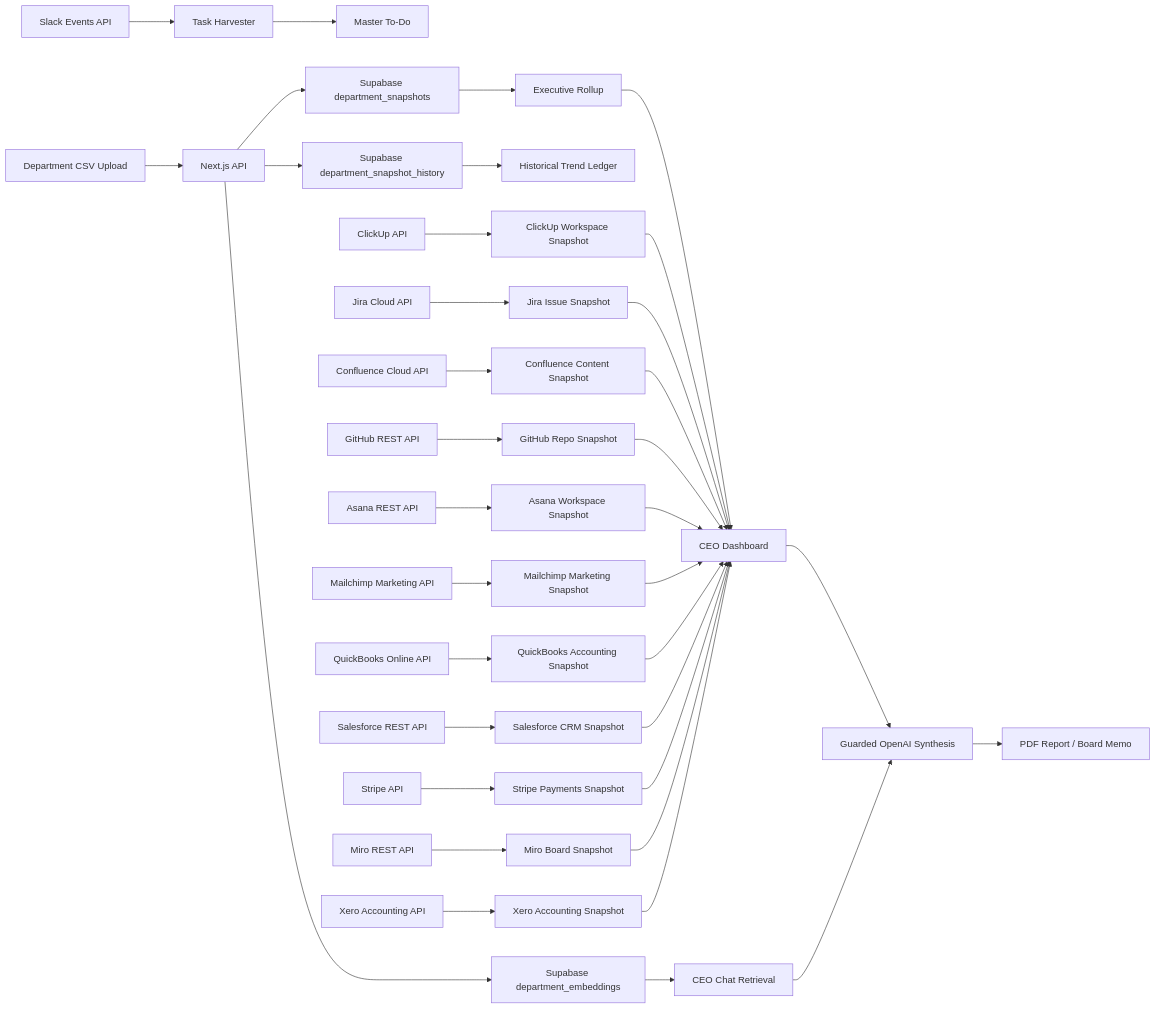
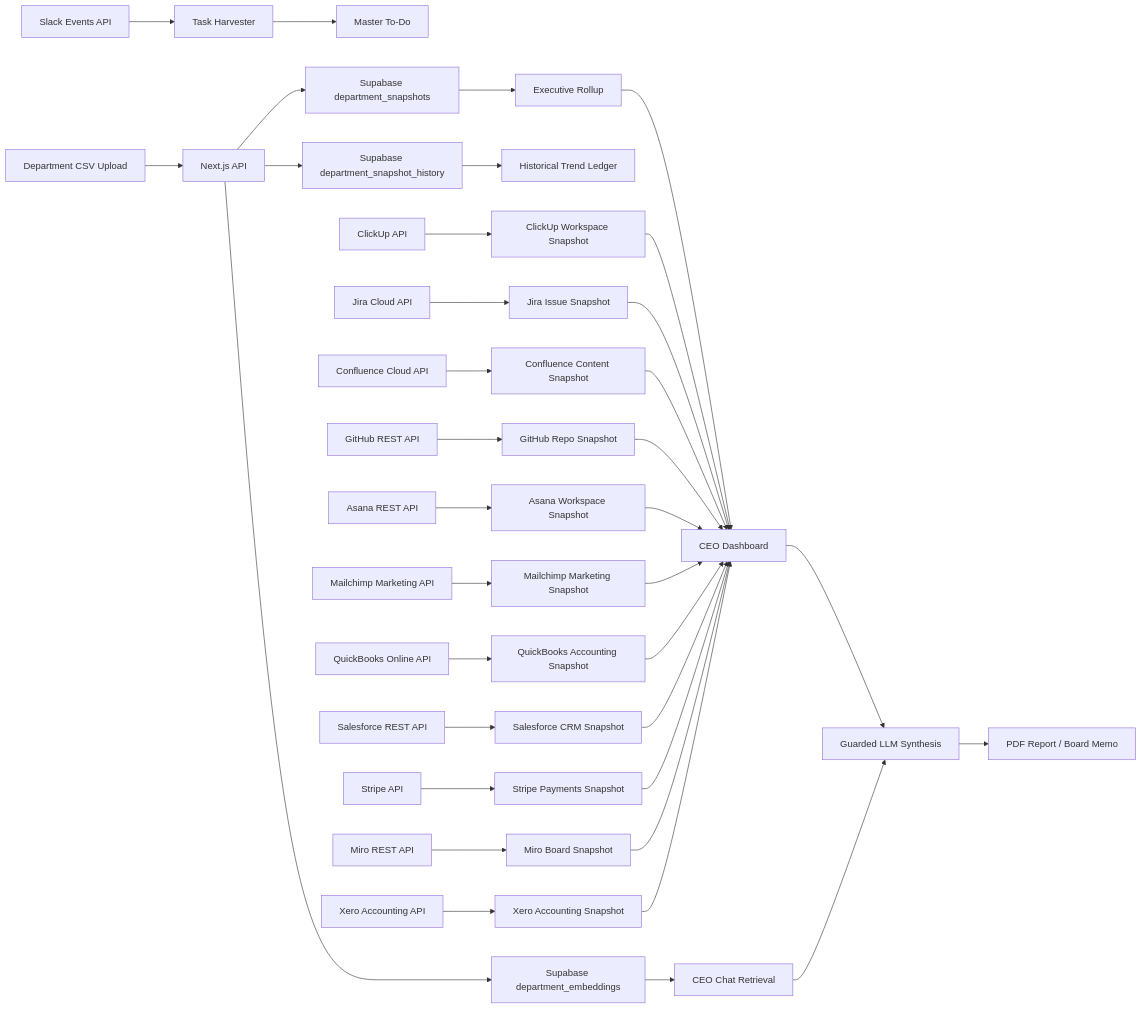
The diagram in README.md (suhasbhairav/ai-chief-of-staff), drawn with Mermaid before and after one commit. The commit also changed other lines of this file and 132 other files, not shown here.

````diff
--- a/README.md
+++ b/README.md
@@ -382,38 +380,38 @@
 ```mermaid
 flowchart LR
   A[Department CSV Upload] --> B[Next.js API]
   B --> C[Supabase department_snapshots]
   B --> D[Supabase department_snapshot_history]
   B --> M[Supabase department_embeddings]
   C --> E[Executive Rollup]
   D --> F[Historical Trend Ledger]
   M --> N[CEO Chat Retrieval]
   E --> G[CEO Dashboard]
-  G --> H[Guarded OpenAI Synthesis]
+  G --> H[Guarded LLM Synthesis]
   N --> H
   H --> I[PDF Report / Board Memo]
   J[Slack Events API] --> K[Task Harvester]
   K --> L[Master To-Do]
   O[ClickUp API] --> P[ClickUp Workspace Snapshot]
   P --> G
   Q[Jira Cloud API] --> R[Jira Issue Snapshot]
   S[Confluence Cloud API] --> T[Confluence Content Snapshot]
   U[GitHub REST API] --> V[GitHub Repo Snapshot]
   W[Asana REST API] --> X[Asana Workspace Snapshot]
   Y[Mailchimp Marketing API] --> Z[Mailchimp Marketing Snapshot]
   AA[QuickBooks Online API] --> AB[QuickBooks Accounting Snapshot]
   AC[Salesforce REST API] --> AD[Salesforce CRM Snapshot]
   AE[Stripe API] --> AF[Stripe Payments Snapshot]
   AG[Miro REST API] --> AH[Miro Board Snapshot]
   AI[Xero Accounting API] --> AJ[Xero Accounting Snapshot]
   R --> G
   T --> G
   V --> G
   X --> G
   Z --> G
   AB --> G
   AD --> G
   AF --> G
   AH --> G
   AJ --> G
 ```
````
